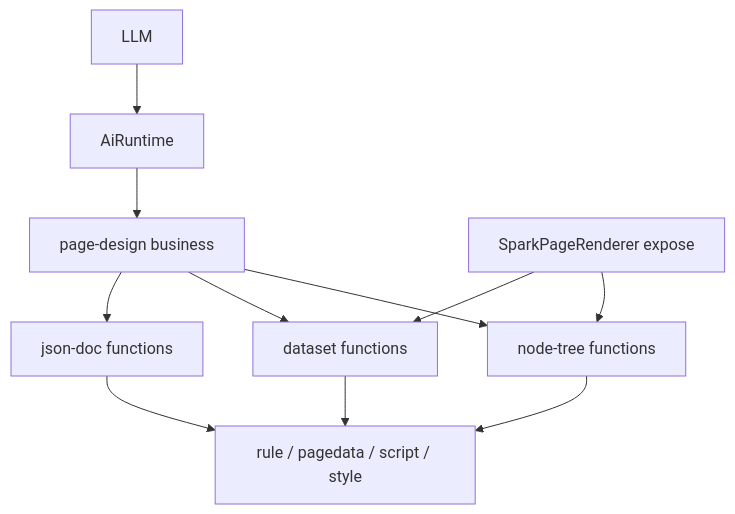
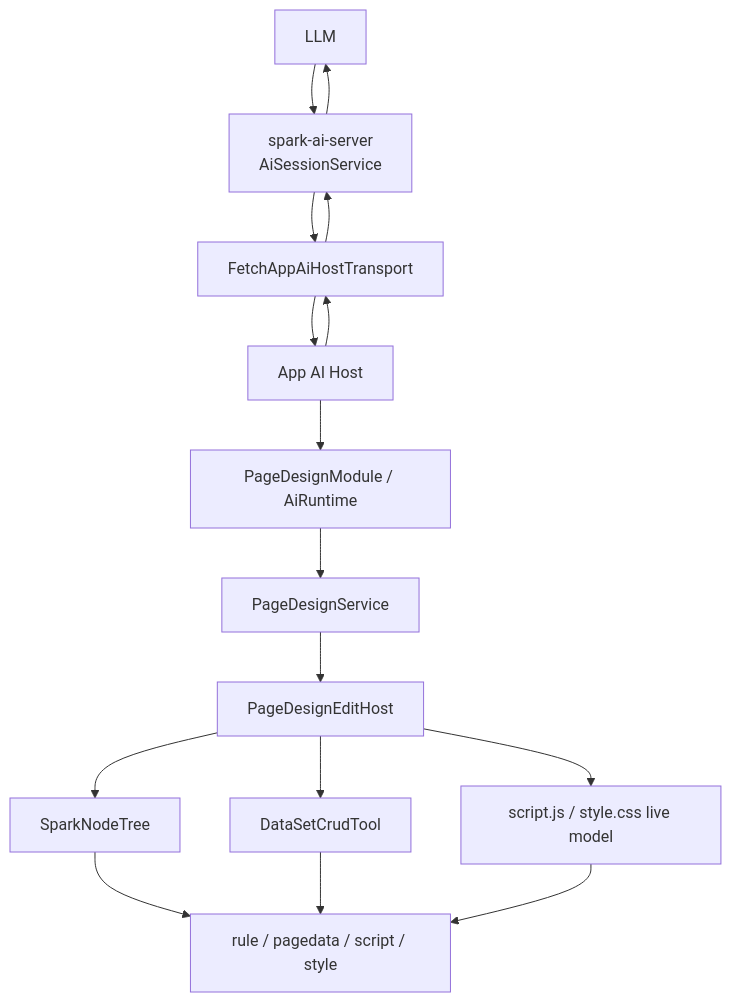
Diagram 12 of 16 in docs/SPARK_VIEW_PROJECT_DEEP_DIVE_ZH.md (LMSpark/spark-view-vue), drawn with Mermaid before and after one commit. The commit also changed other lines of this file and 10 other files, not shown here.

Commit message:
chore(spark-ai): add production backend setup

````diff
--- a/docs/SPARK_VIEW_PROJECT_DEEP_DIVE_ZH.md
+++ b/docs/SPARK_VIEW_PROJECT_DEEP_DIVE_ZH.md
@@ -545,22 +584,30 @@
 ```mermaid
 flowchart TD
   LLM["LLM"]
-  Runtime["AiRuntime"]
-  Business["page-design business"]
-  NodeFuncs["node-tree functions"]
-  DataFuncs["dataset functions"]
-  JsonFuncs["json-doc functions"]
-  Renderer["SparkPageRenderer expose"]
+  Host["App AI Host"]
+  Transport["FetchAppAiHostTransport"]
+  BackendSession["spark-ai-server<br/>AiSessionService"]
+  Runtime["PageDesignModule / AiRuntime"]
+  Service["PageDesignService"]
+  EditHost["PageDesignEditHost"]
+  NodeTree["SparkNodeTree"]
+  DataSetTool["DataSetCrudTool"]
+  TextModels["script.js / style.css live model"]
   Files["rule / pagedata / script / style"]
 
-  LLM --> Runtime
-  Runtime --> Business
-  Business --> NodeFuncs
-  Business --> DataFuncs
-  Business --> JsonFuncs
-  Renderer --> NodeFuncs
-  Renderer --> DataFuncs
-  NodeFuncs --> Files
-  DataFuncs --> Files
-  JsonFuncs --> Files
+  Host --> Transport
+  Transport --> BackendSession
+  BackendSession --> LLM
+  LLM --> BackendSession
+  BackendSession --> Transport
+  Transport --> Host
+  Host --> Runtime
+  Runtime --> Service
+  Service --> EditHost
+  EditHost --> NodeTree
+  EditHost --> DataSetTool
+  EditHost --> TextModels
+  NodeTree --> Files
+  DataSetTool --> Files
+  TextModels --> Files
 ```
````
